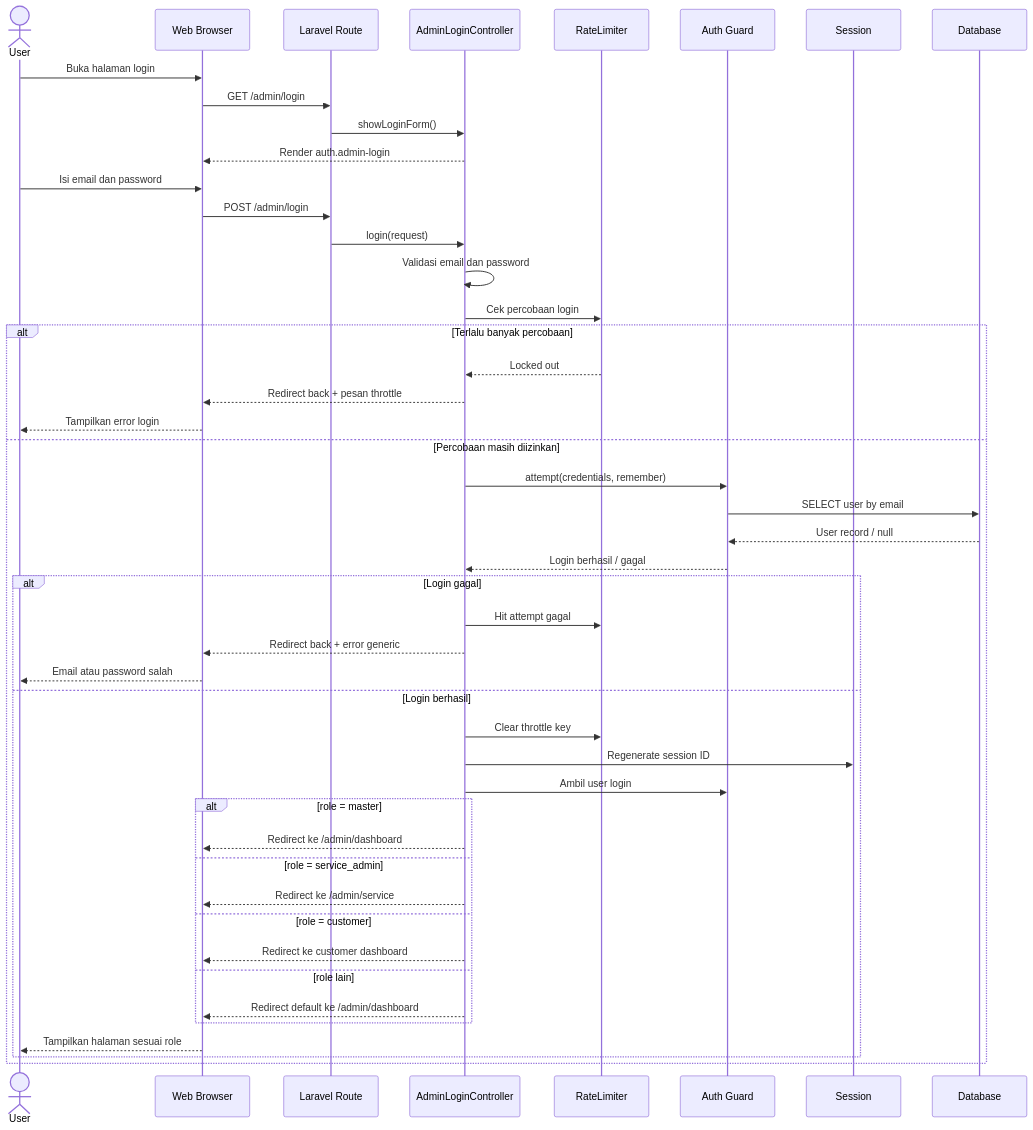
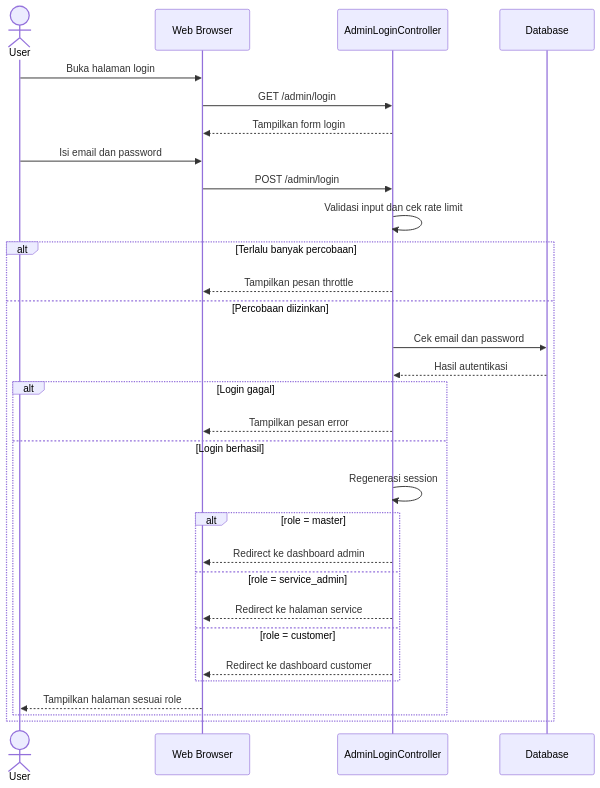
One commit to rohandev19/Absen-Driver changed the first of 4 diagrams in docs/sequence_diagram_absensi_core.md. Above: the diagram before and after it, drawn with Mermaid. The commit also changed other lines of this file and 43 other files, not shown here.

````diff
--- a/docs/sequence_diagram_absensi_core.md
+++ b/docs/sequence_diagram_absensi_core.md
@@ -9,55 +9,38 @@
 ```mermaid
 sequenceDiagram
     actor User
     participant Browser as Web Browser
-    participant Route as Laravel Route
     participant Controller as AdminLoginController
-    participant RateLimiter as RateLimiter
-    participant Auth as Auth Guard
-    participant Session as Session
     participant DB as Database
 
     User->>Browser: Buka halaman login
-    Browser->>Route: GET /admin/login
-    Route->>Controller: showLoginForm()
-    Controller-->>Browser: Render auth.admin-login
+    Browser->>Controller: GET /admin/login
+    Controller-->>Browser: Tampilkan form login
 
     User->>Browser: Isi email dan password
-    Browser->>Route: POST /admin/login
-    Route->>Controller: login(request)
-    Controller->>Controller: Validasi email dan password
-    Controller->>RateLimiter: Cek percobaan login
+    Browser->>Controller: POST /admin/login
+    Controller->>Controller: Validasi input dan cek rate limit
 
     alt Terlalu banyak percobaan
-        RateLimiter-->>Controller: Locked out
-        Controller-->>Browser: Redirect back + pesan throttle
-        Browser-->>User: Tampilkan error login
-    else Percobaan masih diizinkan
-        Controller->>Auth: attempt(credentials, remember)
-        Auth->>DB: SELECT user by email
-        DB-->>Auth: User record / null
-        Auth-->>Controller: Login berhasil / gagal
+        Controller-->>Browser: Tampilkan pesan throttle
+    else Percobaan diizinkan
+        Controller->>DB: Cek email dan password
+        DB-->>Controller: Hasil autentikasi
 
         alt Login gagal
-            Controller->>RateLimiter: Hit attempt gagal
-            Controller-->>Browser: Redirect back + error generic
-            Browser-->>User: Email atau password salah
+            Controller-->>Browser: Tampilkan pesan error
         else Login berhasil
-            Controller->>RateLimiter: Clear throttle key
-            Controller->>Session: Regenerate session ID
-            Controller->>Auth: Ambil user login
+            Controller->>Controller: Regenerasi session
 
             alt role = master
-                Controller-->>Browser: Redirect ke /admin/dashboard
+                Controller-->>Browser: Redirect ke dashboard admin
             else role = service_admin
-                Controller-->>Browser: Redirect ke /admin/service
+                Controller-->>Browser: Redirect ke halaman service
             else role = customer
-                Controller-->>Browser: Redirect ke customer dashboard
-            else role lain
-                Controller-->>Browser: Redirect default ke /admin/dashboard
+                Controller-->>Browser: Redirect ke dashboard customer
             end
 
             Browser-->>User: Tampilkan halaman sesuai role
         end
     end
 ```
````
